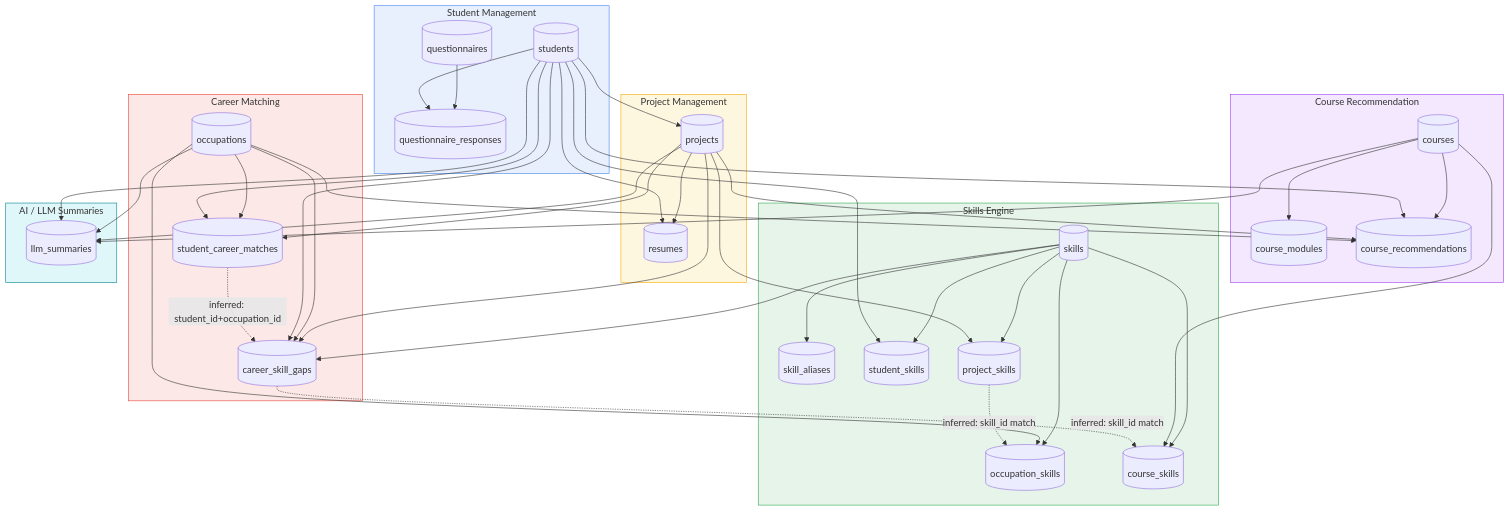
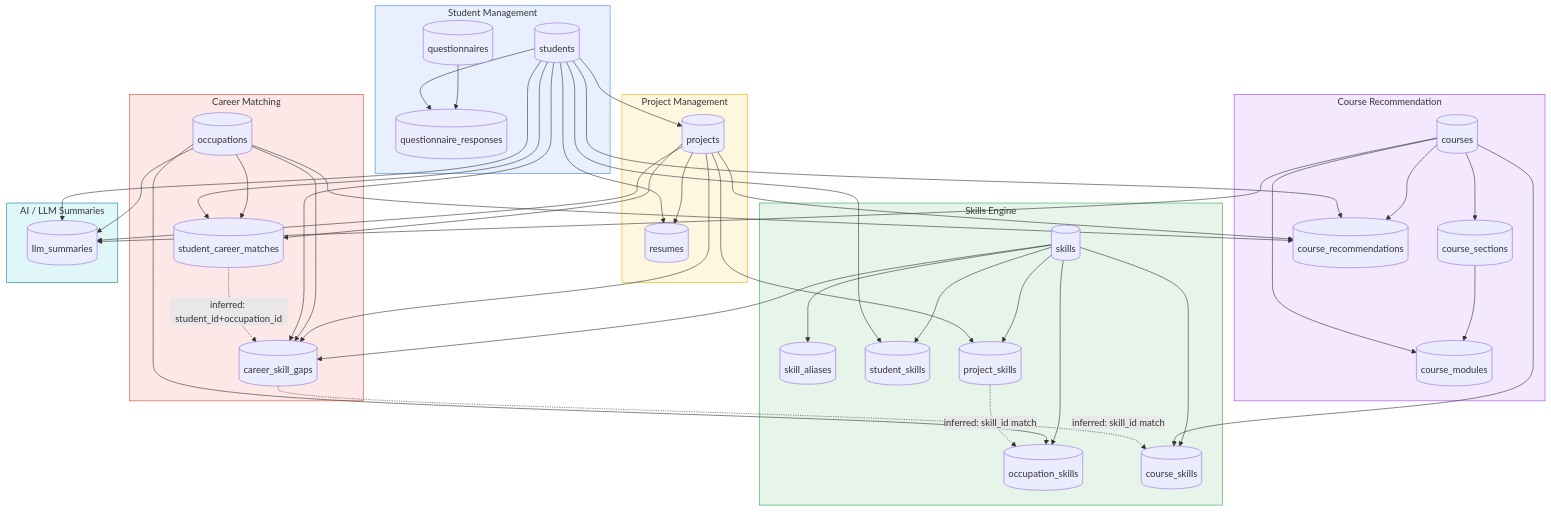
One commit to misterpk-18/career-tours changed the second of 2 diagrams in docs/database_relationship_documentation.md. Above: the diagram before and after it, drawn with Mermaid. The commit also changed other lines of this file and 51 other files, not shown here.

```diff
--- a/docs/database_relationship_documentation.md
+++ b/docs/database_relationship_documentation.md
@@ -552,6 +560,7 @@
 
     subgraph CR["Course Recommendation"]
         CRS[(courses)]
+        CSEC[(course_sections)]
         CMOD[(course_modules)]
         CREC[(course_recommendations)]
     end
@@ -588,7 +597,9 @@
 
     CSG -. "inferred: skill_id match" .-> CSKILL
     CRS --> CSKILL
+    CRS --> CSEC
     CRS --> CMOD
+    CSEC --> CMOD
     SKL --> CSKILL
 
     STUDENTS --> CREC
```
